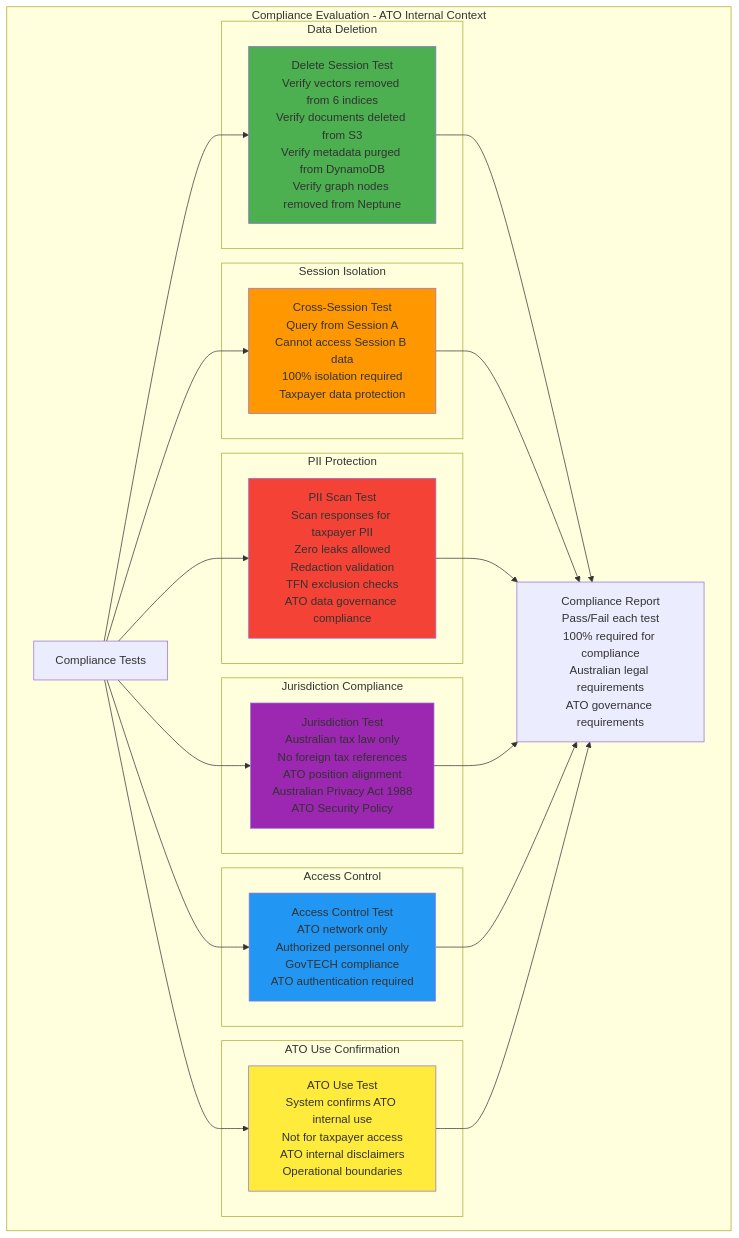
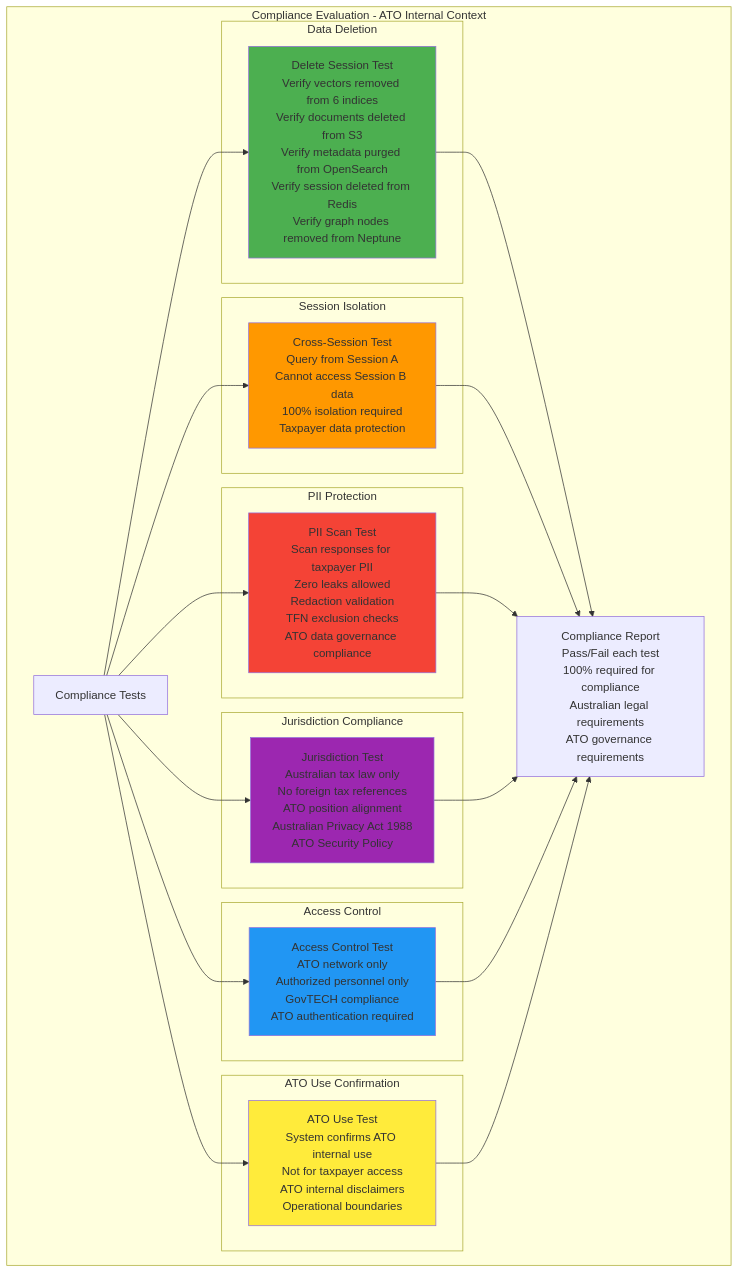
One commit to anguyenbus/case_chat changed the tenth of 10 diagrams in case_assistant/system_design/05-evaluation-strategy.md. Above: the diagram before and after it, drawn with Mermaid. The commit also changed other lines of this file, not shown here.

````diff
--- a/case_assistant/system_design/05-evaluation-strategy.md
+++ b/case_assistant/system_design/05-evaluation-strategy.md
@@ -766,53 +766,53 @@
 ```mermaid
 graph TB
     subgraph "Compliance Evaluation - ATO Internal Context"
         COMP[Compliance Tests]
 
         subgraph "Data Deletion"
-            DEL[Delete Session Test<br/>Verify vectors removed from 6 indices<br/>Verify documents deleted from S3<br/>Verify metadata purged from DynamoDB<br/>Verify graph nodes removed from Neptune]
+            DEL[Delete Session Test<br/>Verify vectors removed from 6 indices<br/>Verify documents deleted from S3<br/>Verify metadata purged from OpenSearch<br/>Verify session deleted from Redis<br/>Verify graph nodes removed from Neptune]
         end
 
         subgraph "Session Isolation"
             ISO[Cross-Session Test<br/>Query from Session A<br/>Cannot access Session B data<br/>100% isolation required<br/>Taxpayer data protection]
         end
 
         subgraph "PII Protection"
             PII[PII Scan Test<br/>Scan responses for taxpayer PII<br/>Zero leaks allowed<br/>Redaction validation<br/>TFN exclusion checks<br/>ATO data governance compliance]
         end
 
         subgraph "Jurisdiction Compliance"
             JURIS[Jurisdiction Test<br/>Australian tax law only<br/>No foreign tax references<br/>ATO position alignment<br/>Australian Privacy Act 1988<br/>ATO Security Policy]
         end
 
         subgraph "Access Control"
             ACCESS[Access Control Test<br/>ATO network only<br/>Authorized personnel only<br/>GovTECH compliance<br/>ATO authentication required]
         end
 
         subgraph "ATO Use Confirmation"
             ATO_USE[ATO Use Test<br/>System confirms ATO internal use<br/>Not for taxpayer access<br/>ATO internal disclaimers<br/>Operational boundaries]
         end
 
         REPORT[Compliance Report<br/>Pass/Fail each test<br/>100% required for compliance<br/>Australian legal requirements<br/>ATO governance requirements]
     end
 
     COMP --> DEL
     COMP --> ISO
     COMP --> PII
     COMP --> JURIS
     COMP --> ACCESS
     COMP --> ATO_USE
 
     DEL --> REPORT
     ISO --> REPORT
     PII --> REPORT
     JURIS --> REPORT
     ACCESS --> REPORT
     ATO_USE --> REPORT
 
     style DEL fill:#4CAF50
     style ISO fill:#FF9800
     style PII fill:#F44336
     style JURIS fill:#9C27B0
     style ACCESS fill:#2196F3
     style ATO_USE fill:#FFEB3B
 ```
````
